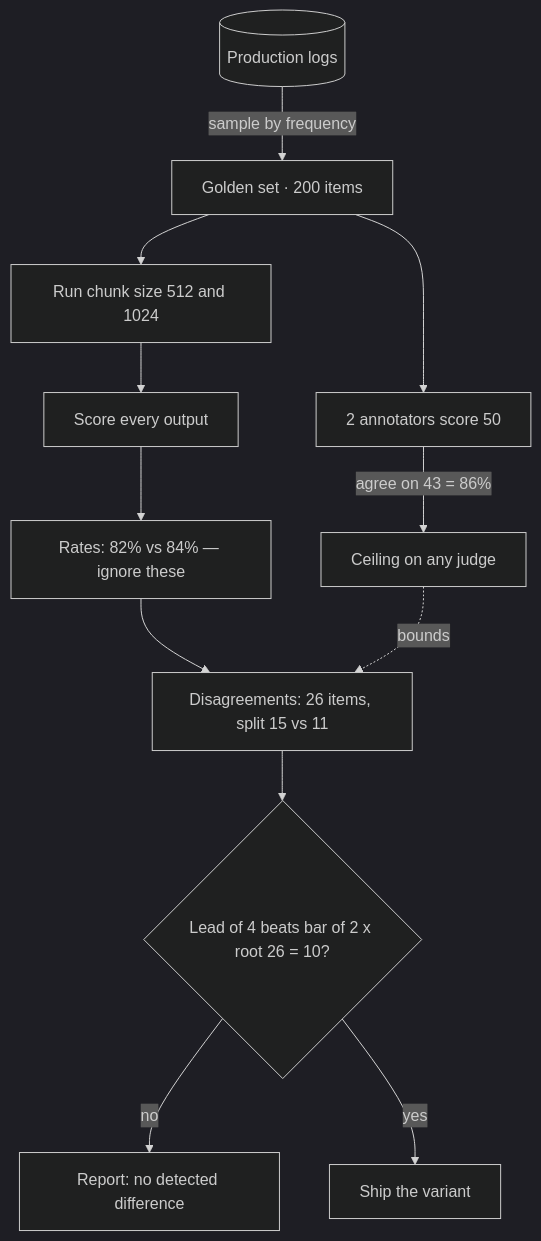
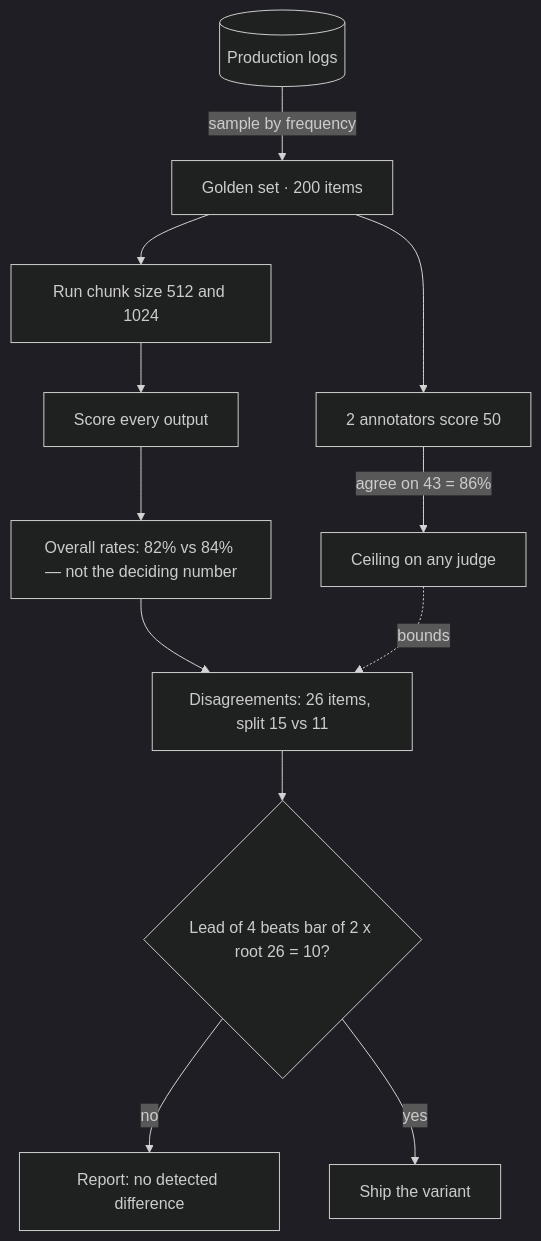
One commit to cizambra/atlas changed the diagram in content/ai/what-makes-an-eval.md. Above: the diagram before and after it, drawn with Mermaid (dark theme). The commit also changed other lines of this file and 6 other files, not shown here.

````diff
--- a/content/ai/what-makes-an-eval.md
+++ b/content/ai/what-makes-an-eval.md
@@ -167,14 +171,14 @@
 ```mermaid
 flowchart TD
   L[(Production logs)] -->|sample by frequency| G[Golden set · 200 items]
   G --> A[2 annotators score 50]
   A -->|agree on 43 = 86%| CEIL[Ceiling on any judge]
   G --> RUN[Run chunk size 512 and 1024]
   RUN --> S[Score every output]
-  S --> RATE["Rates: 82% vs 84% — ignore these"]
+  S --> RATE["Overall rates: 82% vs 84% — not the deciding number"]
   RATE --> DIS["Disagreements: 26 items, split 15 vs 11"]
   CEIL -.->|bounds| DIS
   DIS --> D{"Lead of 4 beats bar of 2 x root 26 = 10?"}
   D -->|no| ND["Report: no detected difference"]
   D -->|yes| SHIP[Ship the variant]
 ```
````
